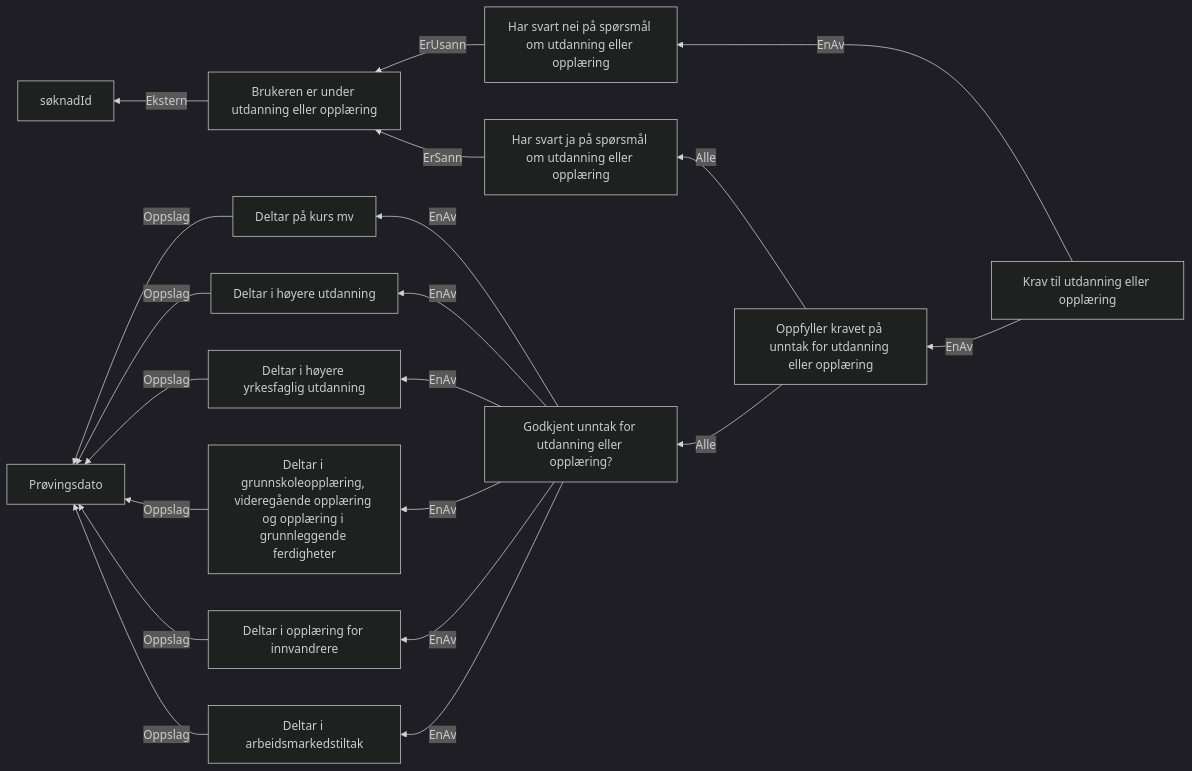
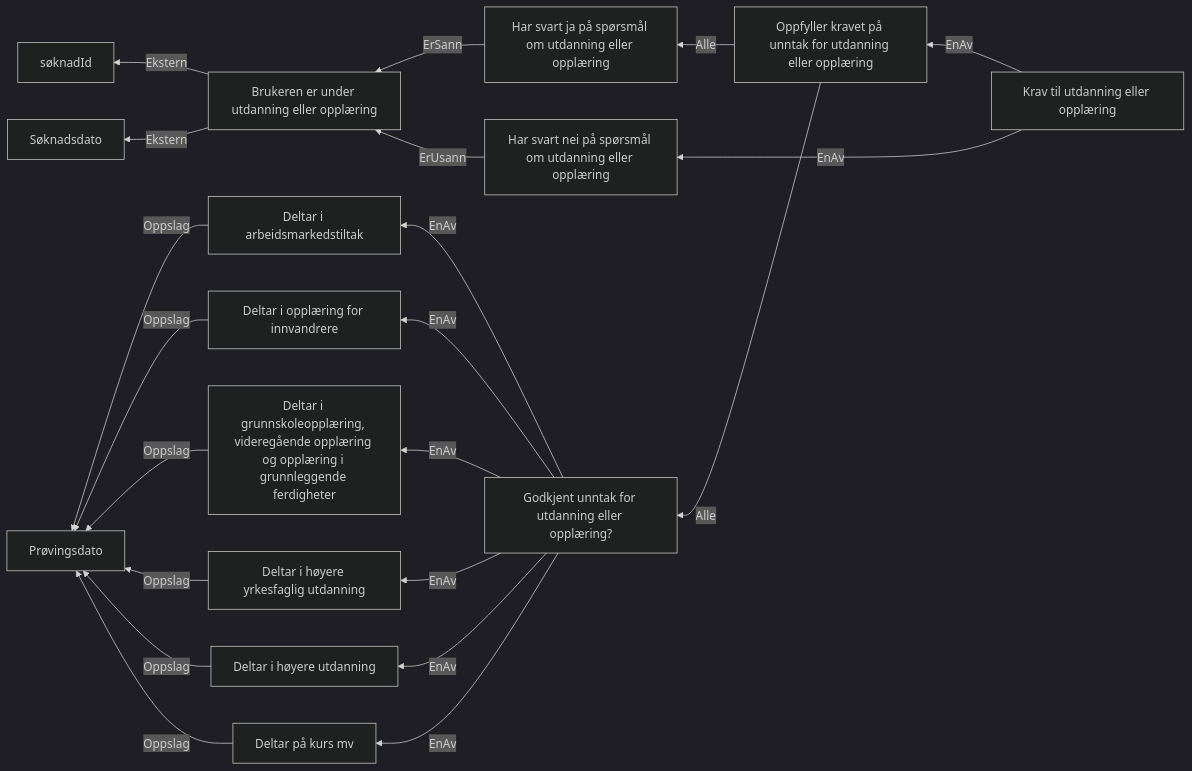
Before and after one commit to navikt/dp-behandling: the diagram in docs/regler/§ 4-6 Utdanning - første og andre avsnitt.approved.md, drawn with Mermaid (dark theme). The commit also changed 14 other files, not shown here.

````diff
--- a/docs/regler/§ 4-6 Utdanning - første og andre avsnitt.approved.md
+++ b/docs/regler/§ 4-6 Utdanning - første og andre avsnitt.approved.md
@@ -5,22 +5,23 @@
 ```mermaid
 graph RL
   A["Brukeren er under utdanning eller opplæring"] -->|"Ekstern"| B["søknadId"]
-  C["Deltar i arbeidsmarkedstiltak"] -->|"Oppslag"| D["Prøvingsdato"]
-  E["Deltar i opplæring for innvandrere"] -->|"Oppslag"| D["Prøvingsdato"]
-  F["Deltar i grunnskoleopplæring, videregående opplæring og opplæring i grunnleggende ferdigheter"] -->|"Oppslag"| D["Prøvingsdato"]
-  G["Deltar i høyere yrkesfaglig utdanning"] -->|"Oppslag"| D["Prøvingsdato"]
-  H["Deltar i høyere utdanning"] -->|"Oppslag"| D["Prøvingsdato"]
-  I["Deltar på kurs mv"] -->|"Oppslag"| D["Prøvingsdato"]
-  J["Godkjent unntak for utdanning eller opplæring?"] -->|"EnAv"| C["Deltar i arbeidsmarkedstiltak"]
-  J["Godkjent unntak for utdanning eller opplæring?"] -->|"EnAv"| E["Deltar i opplæring for innvandrere"]
-  J["Godkjent unntak for utdanning eller opplæring?"] -->|"EnAv"| F["Deltar i grunnskoleopplæring, videregående opplæring og opplæring i grunnleggende ferdigheter"]
-  J["Godkjent unntak for utdanning eller opplæring?"] -->|"EnAv"| G["Deltar i høyere yrkesfaglig utdanning"]
-  J["Godkjent unntak for utdanning eller opplæring?"] -->|"EnAv"| H["Deltar i høyere utdanning"]
-  J["Godkjent unntak for utdanning eller opplæring?"] -->|"EnAv"| I["Deltar på kurs mv"]
-  K["Har svart ja på spørsmål om utdanning eller opplæring"] -->|"ErSann"| A["Brukeren er under utdanning eller opplæring"]
-  L["Har svart nei på spørsmål om utdanning eller opplæring"] -->|"ErUsann"| A["Brukeren er under utdanning eller opplæring"]
-  M["Oppfyller kravet på unntak for utdanning eller opplæring"] -->|"Alle"| K["Har svart ja på spørsmål om utdanning eller opplæring"]
-  M["Oppfyller kravet på unntak for utdanning eller opplæring"] -->|"Alle"| J["Godkjent unntak for utdanning eller opplæring?"]
-  N["Krav til utdanning eller opplæring"] -->|"EnAv"| M["Oppfyller kravet på unntak for utdanning eller opplæring"]
-  N["Krav til utdanning eller opplæring"] -->|"EnAv"| L["Har svart nei på spørsmål om utdanning eller opplæring"]
+  A["Brukeren er under utdanning eller opplæring"] -->|"Ekstern"| C["Søknadsdato"]
+  D["Deltar i arbeidsmarkedstiltak"] -->|"Oppslag"| E["Prøvingsdato"]
+  F["Deltar i opplæring for innvandrere"] -->|"Oppslag"| E["Prøvingsdato"]
+  G["Deltar i grunnskoleopplæring, videregående opplæring og opplæring i grunnleggende ferdigheter"] -->|"Oppslag"| E["Prøvingsdato"]
+  H["Deltar i høyere yrkesfaglig utdanning"] -->|"Oppslag"| E["Prøvingsdato"]
+  I["Deltar i høyere utdanning"] -->|"Oppslag"| E["Prøvingsdato"]
+  J["Deltar på kurs mv"] -->|"Oppslag"| E["Prøvingsdato"]
+  K["Godkjent unntak for utdanning eller opplæring?"] -->|"EnAv"| D["Deltar i arbeidsmarkedstiltak"]
+  K["Godkjent unntak for utdanning eller opplæring?"] -->|"EnAv"| F["Deltar i opplæring for innvandrere"]
+  K["Godkjent unntak for utdanning eller opplæring?"] -->|"EnAv"| G["Deltar i grunnskoleopplæring, videregående opplæring og opplæring i grunnleggende ferdigheter"]
+  K["Godkjent unntak for utdanning eller opplæring?"] -->|"EnAv"| H["Deltar i høyere yrkesfaglig utdanning"]
+  K["Godkjent unntak for utdanning eller opplæring?"] -->|"EnAv"| I["Deltar i høyere utdanning"]
+  K["Godkjent unntak for utdanning eller opplæring?"] -->|"EnAv"| J["Deltar på kurs mv"]
+  L["Har svart ja på spørsmål om utdanning eller opplæring"] -->|"ErSann"| A["Brukeren er under utdanning eller opplæring"]
+  M["Har svart nei på spørsmål om utdanning eller opplæring"] -->|"ErUsann"| A["Brukeren er under utdanning eller opplæring"]
+  N["Oppfyller kravet på unntak for utdanning eller opplæring"] -->|"Alle"| L["Har svart ja på spørsmål om utdanning eller opplæring"]
+  N["Oppfyller kravet på unntak for utdanning eller opplæring"] -->|"Alle"| K["Godkjent unntak for utdanning eller opplæring?"]
+  O["Krav til utdanning eller opplæring"] -->|"EnAv"| N["Oppfyller kravet på unntak for utdanning eller opplæring"]
+  O["Krav til utdanning eller opplæring"] -->|"EnAv"| M["Har svart nei på spørsmål om utdanning eller opplæring"]
 ```
````
